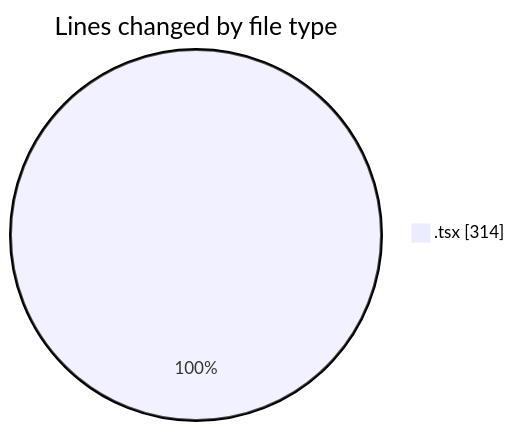
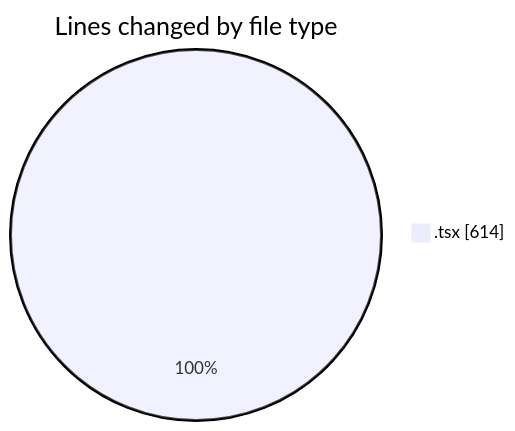
The first of 2 diagrams in 2025-08-13/ribbon/README.md (EIIisD/code-tracking), drawn with Mermaid before and after one commit. The commit also changed other lines of this file and 1 other file, not shown here.

````diff
--- a/2025-08-13/ribbon/README.md
+++ b/2025-08-13/ribbon/README.md
@@ -20,5 +20,5 @@
 ```mermaid
 pie showData
 title Lines changed by file type
-".tsx" : 314
+".tsx" : 614
 ```
````
